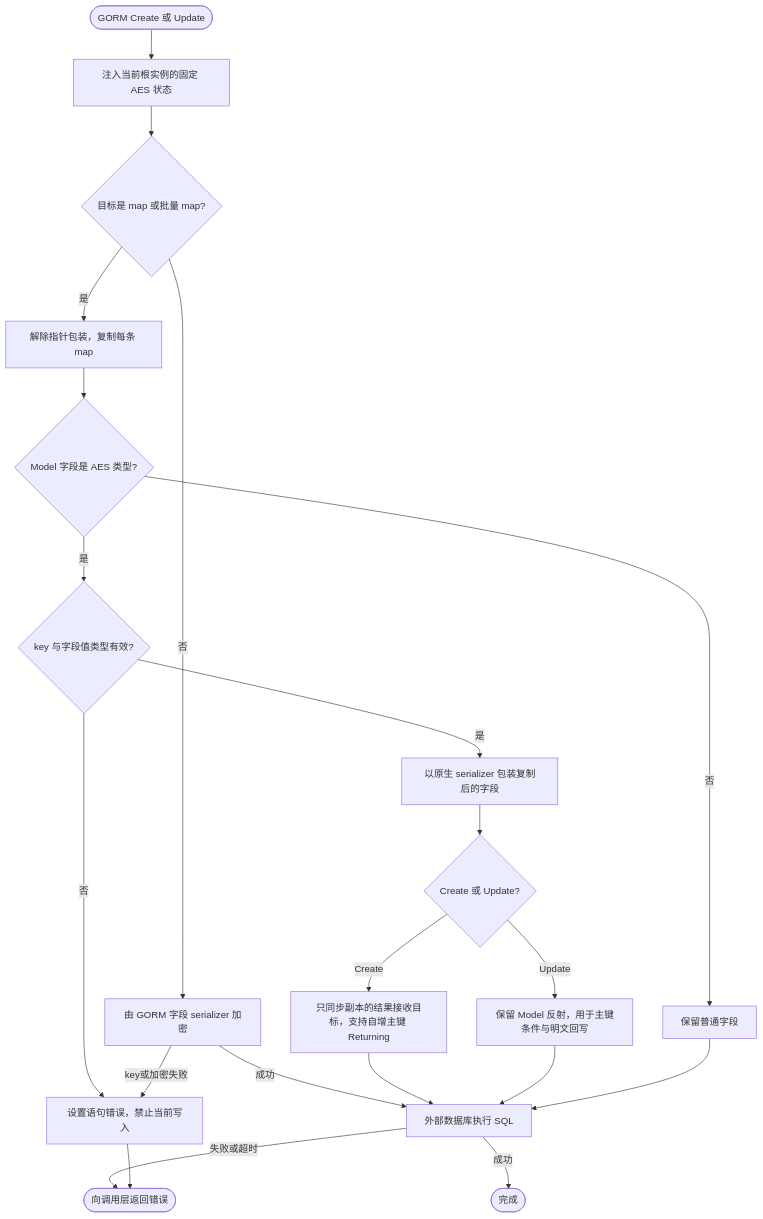
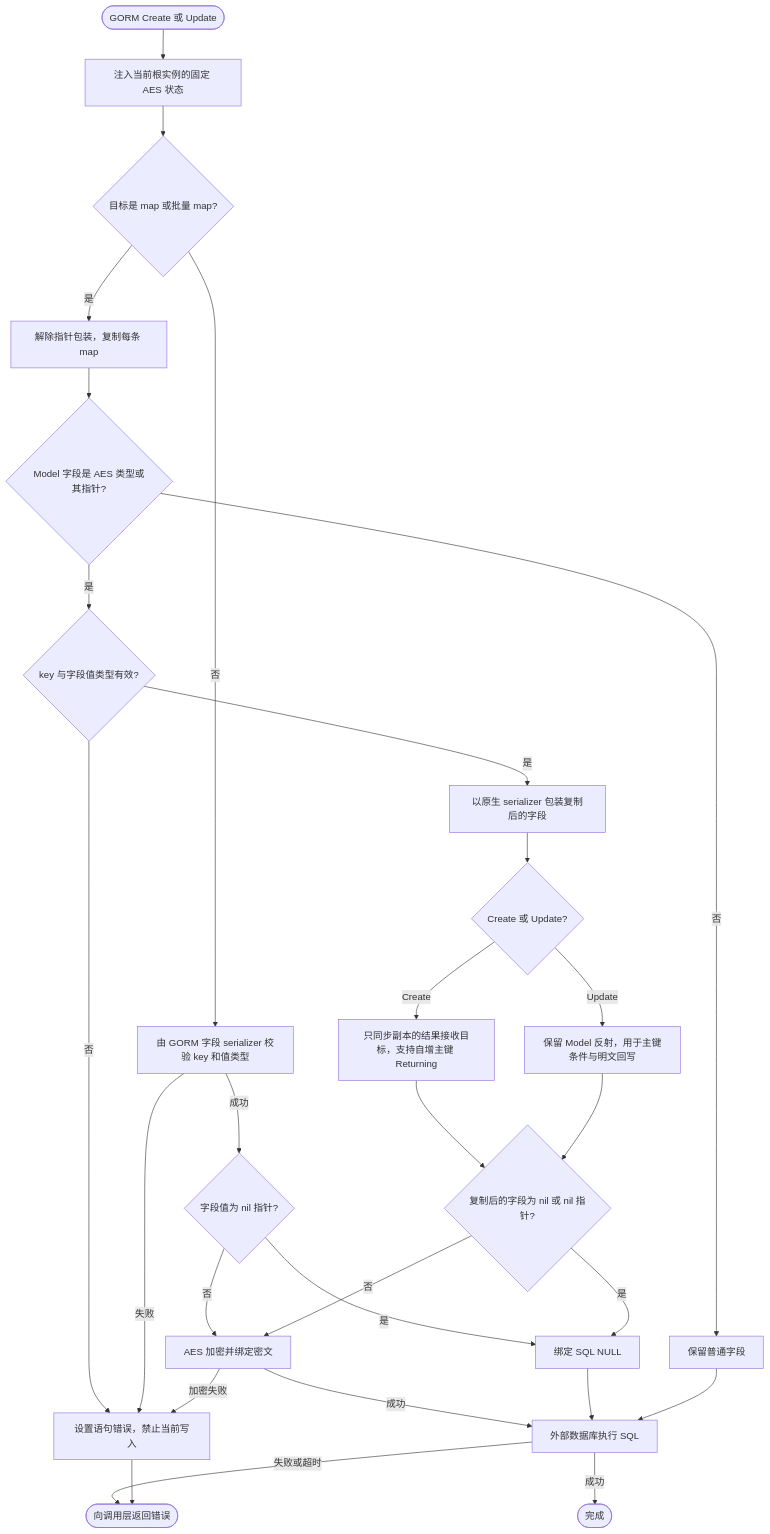
Before and after one commit to jaggerzhuang1994/kratos-foundation: the fourth of 10 diagrams in pkg/database/README.md, drawn with Mermaid. The commit also changed other lines of this file and 204 other files, not shown here.

````diff
--- a/pkg/database/README.md
+++ b/pkg/database/README.md
@@ -119,23 +121,30 @@
 ```mermaid
 flowchart TD
     A([GORM Create 或 Update]) --> B[注入当前根实例的固定 AES 状态]
     B --> C{目标是 map 或批量 map?}
     C -- 是 --> D[解除指针包装，复制每条 map]
-    D --> E{Model 字段是 AES 类型?}
+    D --> E{Model 字段是 AES 类型或其指针?}
     E -- 否 --> H[保留普通字段]
     E -- 是 --> F{key 与字段值类型有效?}
     F -- 否 --> G[设置语句错误，禁止当前写入]
     F -- 是 --> I[以原生 serializer 包装复制后的字段]
-    C -- 否 --> J[由 GORM 字段 serializer 加密]
-    J -- key或加密失败 --> G
-    J -- 成功 --> K[外部数据库执行 SQL]
+    C -- 否 --> J[由 GORM 字段 serializer 校验 key 和值类型]
+    J -- 失败 --> G
+    J -- 成功 --> V{字段值为 nil 指针?}
+    V -- 是 --> W[绑定 SQL NULL]
+    V -- 否 --> X[AES 加密并绑定密文]
+    X -- 加密失败 --> G
+    X -- 成功 --> K[外部数据库执行 SQL]
+    W --> K
     I --> S{Create 或 Update?}
     S -- Create --> T[只同步副本的结果接收目标，支持自增主键 Returning]
     S -- Update --> U[保留 Model 反射，用于主键条件与明文回写]
-    T --> K
-    U --> K
+    T --> Y{复制后的字段为 nil 或 nil 指针?}
+    U --> Y
+    Y -- 是 --> W
+    Y -- 否 --> X
     H --> K
     K -- 失败或超时 --> L([向调用层返回错误])
     G --> L
     K -- 成功 --> M([完成])
 ```
````
